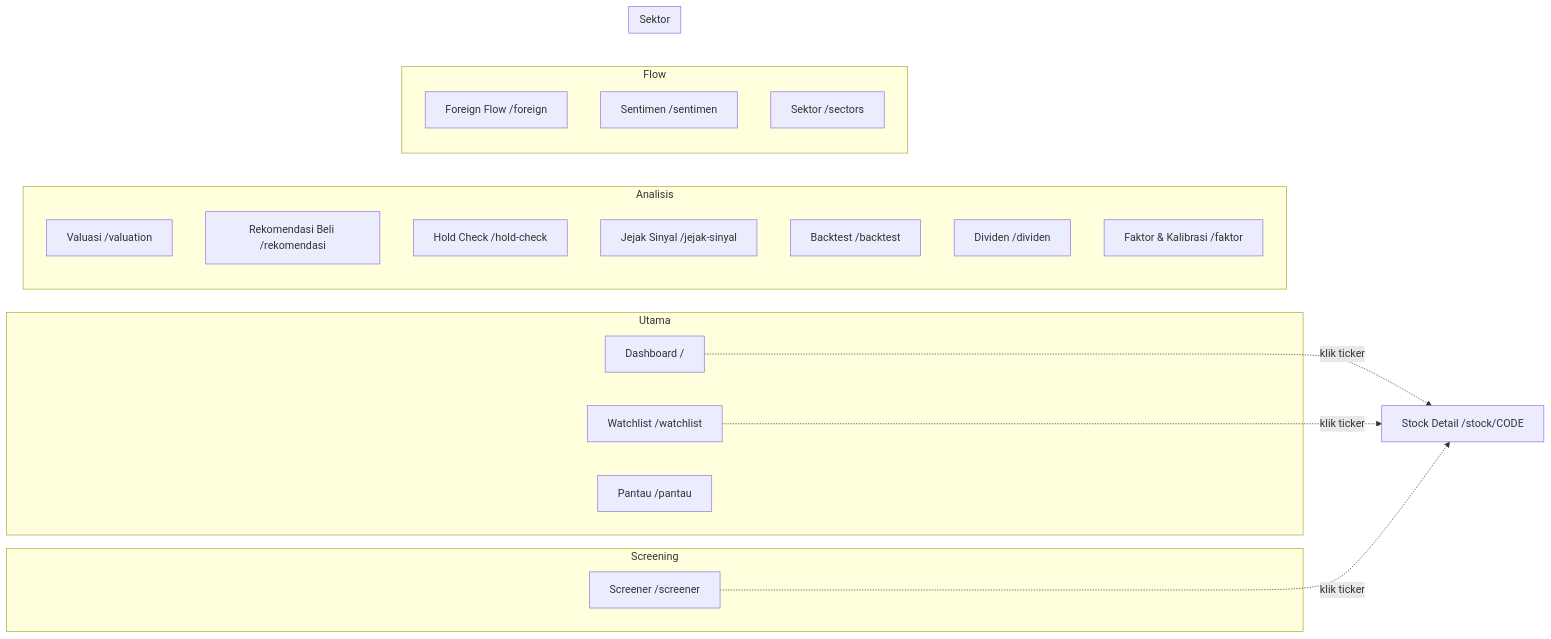
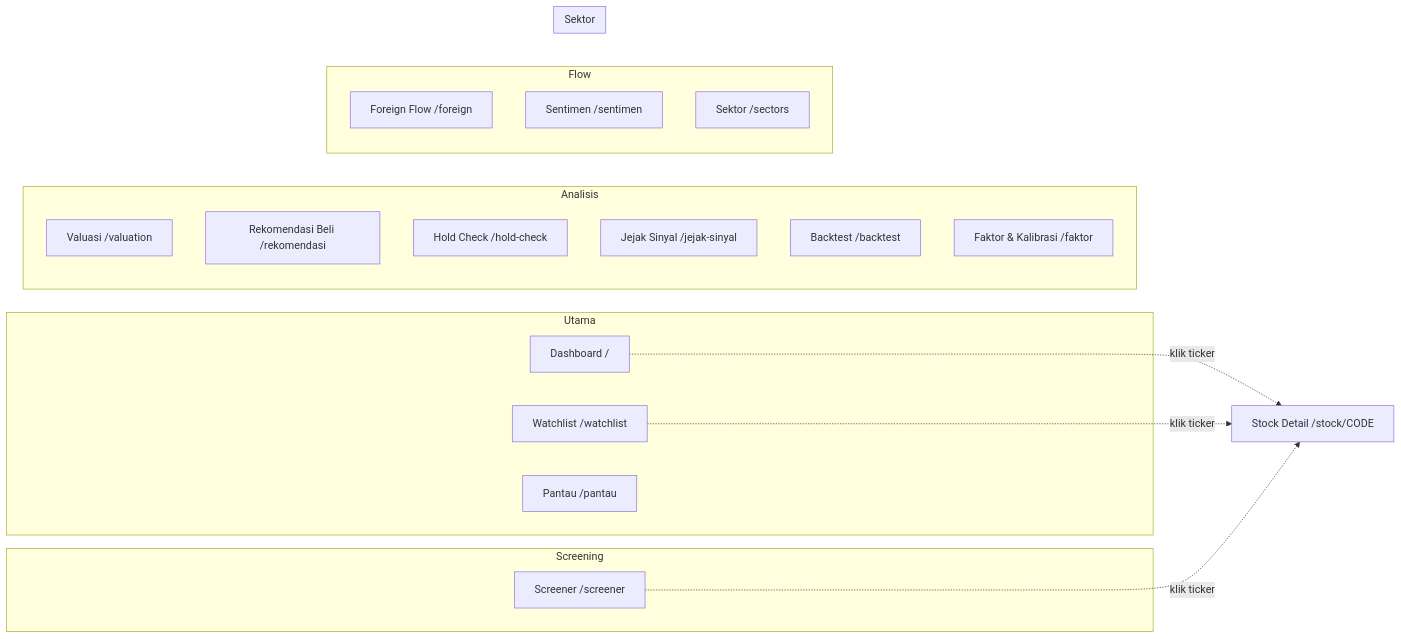
Before and after one commit to faizalajiw/idx-web: the first of 2 diagrams in README.md, drawn with Mermaid. The commit also changed other lines of this file and 6 other files, not shown here.

````diff
--- a/README.md
+++ b/README.md
@@ -120,31 +119,30 @@
 ```mermaid
 graph LR
   subgraph Utama
     A[Dashboard /]
     B[Watchlist /watchlist]
     C[Pantau /pantau]
   end
   subgraph Screening
     D[Screener /screener]
   end
   subgraph Analisis
     E[Valuasi /valuation]
     N[Rekomendasi Beli /rekomendasi]
     F[Hold Check /hold-check]
     G[Jejak Sinyal /jejak-sinyal]
     H[Backtest /backtest]
-    I[Dividen /dividen]
     J[Faktor & Kalibrasi /faktor]
   end
   subgraph Flow
     K[Foreign Flow /foreign]
     L[Sentimen /sentimen]
     M[Aktivitas Broker /broker-activity]
   end
   subgraph Sektor
     M[Sektor /sectors]
   end
   A -.klik ticker.-> P[Stock Detail /stock/CODE]
   B -.klik ticker.-> P
   D -.klik ticker.-> P
 ```
````
